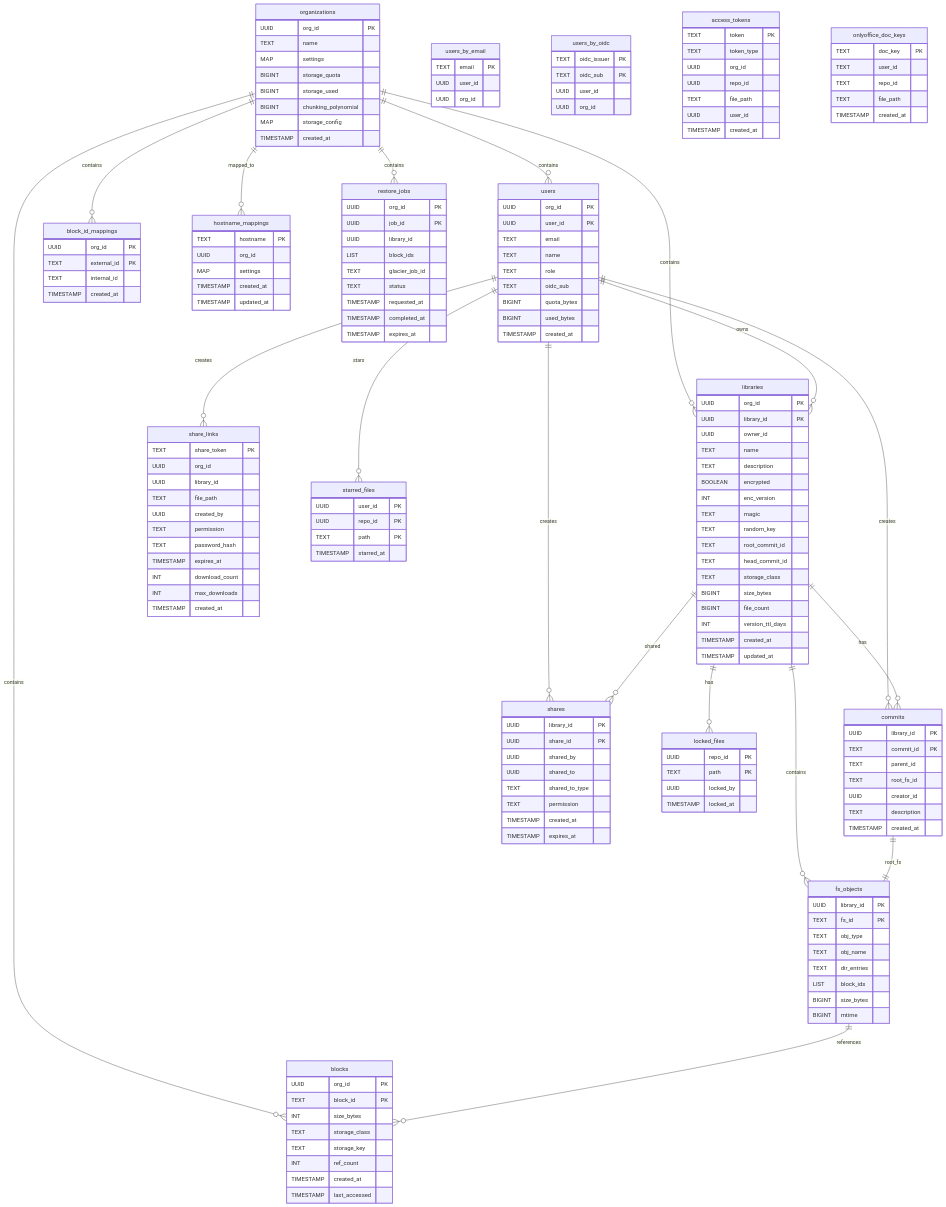
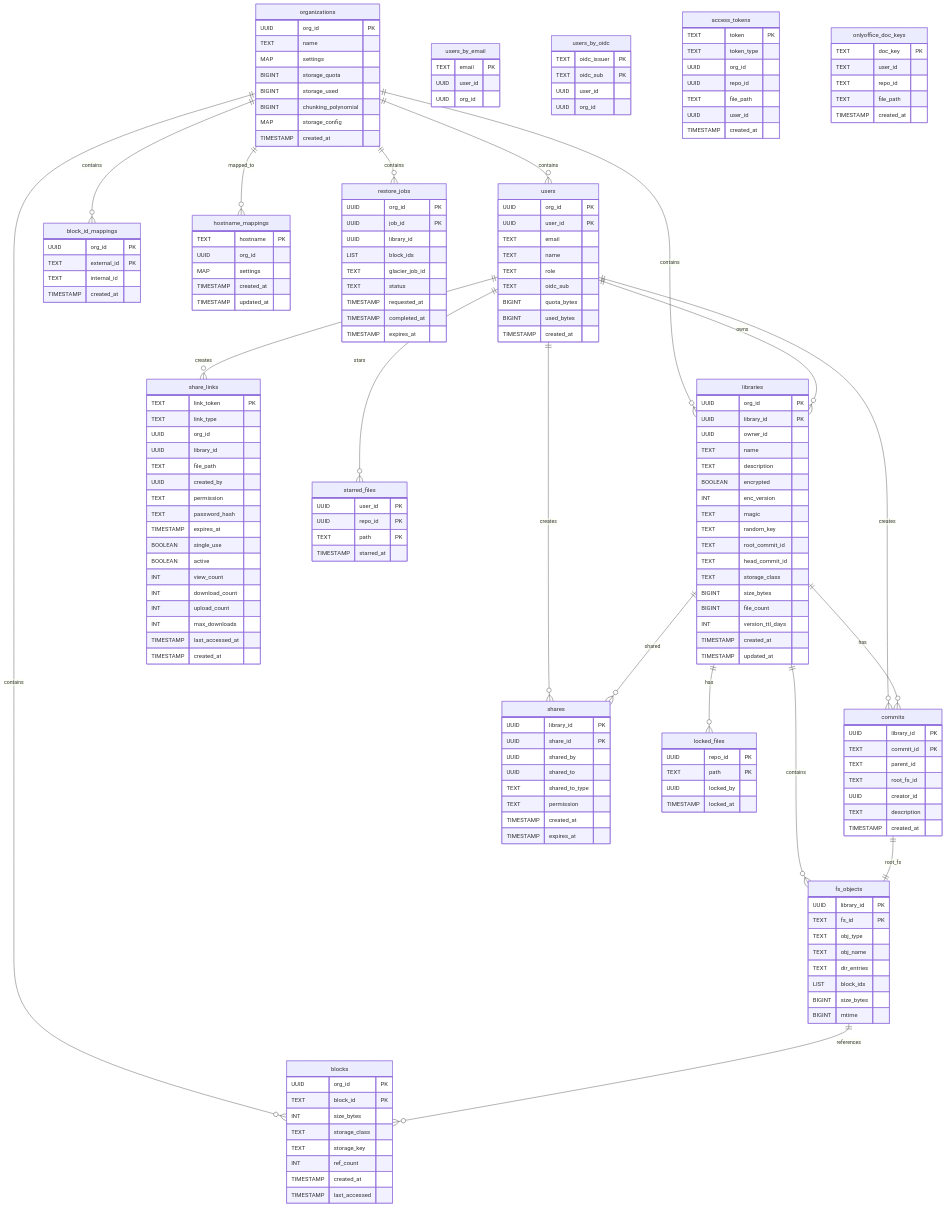
Before and after one commit to Sesame-Disk/sesamefs: the diagram in docs/ARCHITECTURE.md, drawn with Mermaid. The commit also changed 21 other files, not shown here.

First line of the commit message:
feat: unify share links into a single schema with enhanced tracking and management

```diff
--- a/docs/ARCHITECTURE.md
+++ b/docs/ARCHITECTURE.md
@@ -600,7 +600,8 @@
     }
 
     share_links {
-        TEXT share_token PK
+        TEXT link_token PK
+        TEXT link_type
         UUID org_id
         UUID library_id
         TEXT file_path
@@ -608,8 +609,13 @@
         TEXT permission
         TEXT password_hash
         TIMESTAMP expires_at
+        BOOLEAN single_use
+        BOOLEAN active
+        INT view_count
         INT download_count
+        INT upload_count
         INT max_downloads
+        TIMESTAMP last_accessed_at
         TIMESTAMP created_at
     }
 
```
